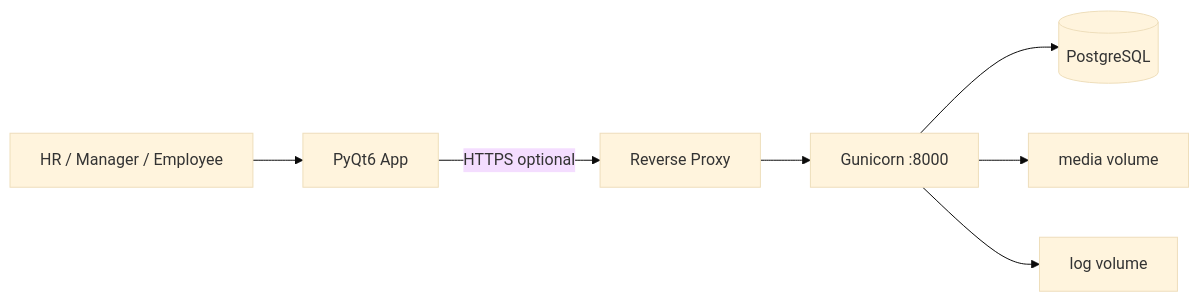
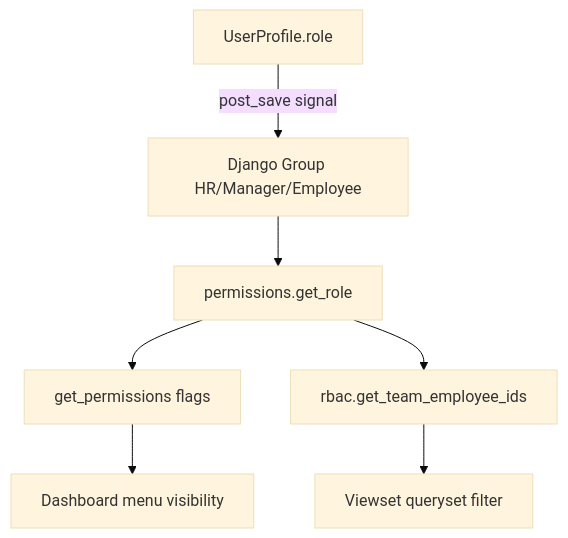
The fourth of 8 diagrams in README.md (premkumarrs/hrms-system), drawn with Mermaid (base theme) before and after one commit. The commit also changed other lines of this file, not shown here.

````diff
--- a/README.md
+++ b/README.md
@@ -74,9 +169,9 @@
 ```mermaid
-flowchart LR
-    User[HR / Manager / Employee] --> Desktop[PyQt6 App]
-    Desktop -->|HTTPS optional| Proxy[Reverse Proxy]
-    Proxy --> Gunicorn[Gunicorn :8000]
-    Gunicorn --> Postgres[(PostgreSQL)]
-    Gunicorn --> Media[media volume]
-    Gunicorn --> Logs[log volume]
+flowchart TD
+    UP[UserProfile.role] -->|post_save signal| G[Django Group HR/Manager/Employee]
+    G --> PR[permissions.get_role]
+    PR --> PF[get_permissions flags]
+    PR --> RB[rbac.get_team_employee_ids]
+    RB --> QS[Viewset queryset filter]
+    PF --> UI[Dashboard menu visibility]
 ```
````
